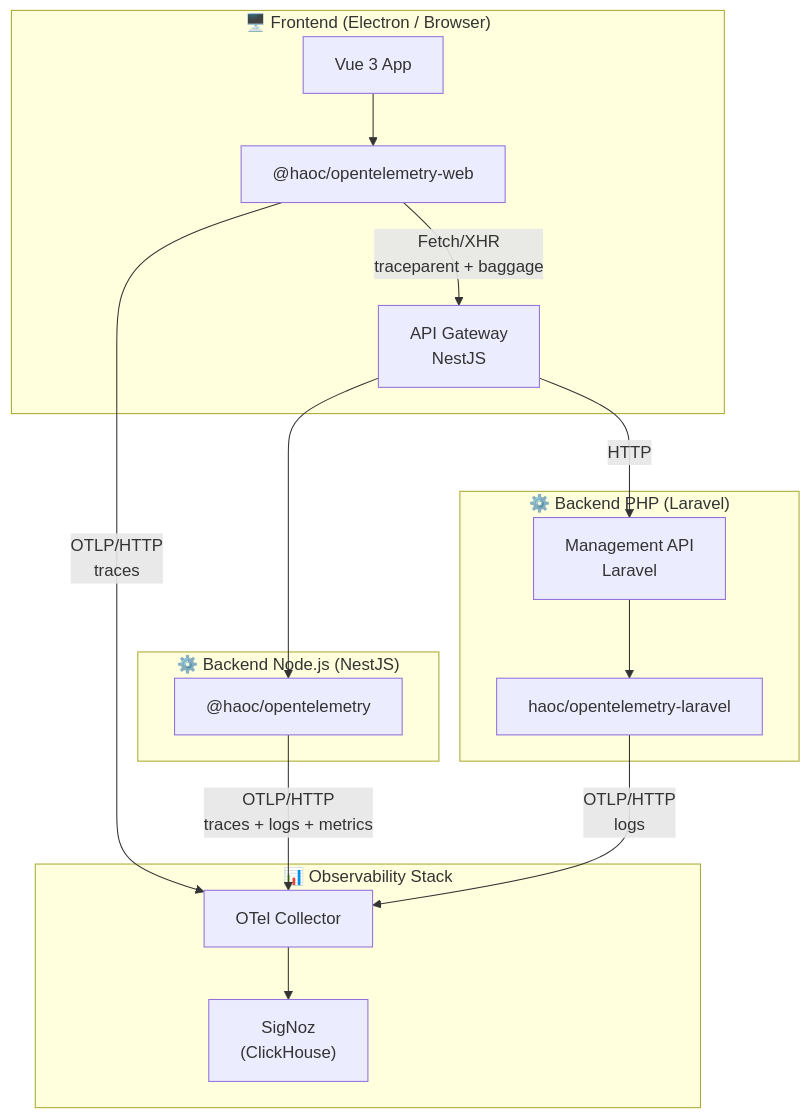
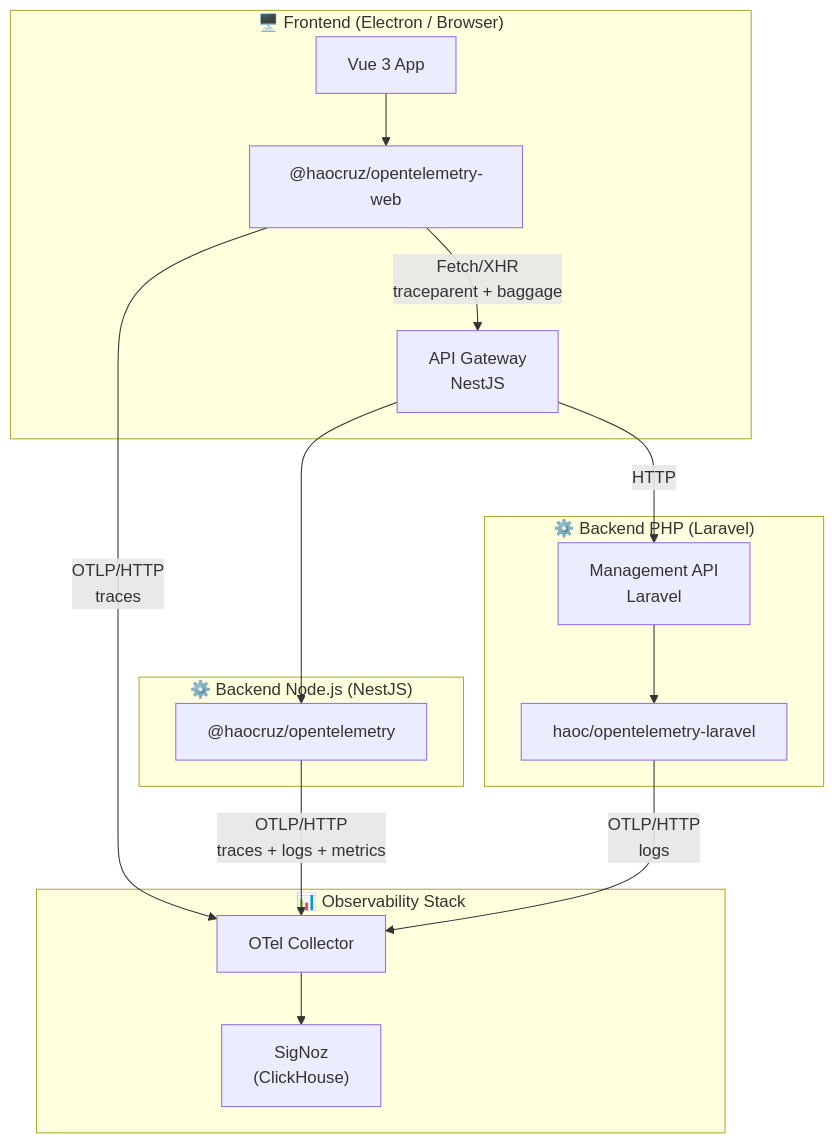
The first of 4 diagrams in ARCHITECTURE.md (japostulo/opentelemetry), drawn with Mermaid before and after one commit. The commit also changed other lines of this file and 12 other files, not shown here.

Commit message:
chore: rename scope @haoc -> @haocruz, update docs and configs

````diff
--- a/ARCHITECTURE.md
+++ b/ARCHITECTURE.md
@@ -17,33 +17,33 @@
 ```mermaid
 graph TB
     subgraph Frontend ["🖥️ Frontend (Electron / Browser)"]
         VUE["Vue 3 App"]
-        WEB_LIB["@haoc/opentelemetry-web"]
+        WEB_LIB["@haocruz/opentelemetry-web"]
         VUE --> WEB_LIB
         WEB_LIB -->|"Fetch/XHR<br/>traceparent + baggage"| API_GW
     end
 
     subgraph Backend_Node ["⚙️ Backend Node.js (NestJS)"]
         API_GW["API Gateway<br/>NestJS"]
-        NODE_LIB["@haoc/opentelemetry"]
+        NODE_LIB["@haocruz/opentelemetry"]
         API_GW --> NODE_LIB
     end
 
     subgraph Backend_PHP ["⚙️ Backend PHP (Laravel)"]
         MGMT["Management API<br/>Laravel"]
         PHP_LIB["haoc/opentelemetry-laravel"]
         MGMT --> PHP_LIB
     end
 
     subgraph Observability ["📊 Observability Stack"]
         COLLECTOR["OTel Collector"]
         SIGNOZ["SigNoz<br/>(ClickHouse)"]
         COLLECTOR --> SIGNOZ
     end
 
     WEB_LIB -->|"OTLP/HTTP<br/>traces"| COLLECTOR
     NODE_LIB -->|"OTLP/HTTP<br/>traces + logs + metrics"| COLLECTOR
     PHP_LIB -->|"OTLP/HTTP<br/>logs"| COLLECTOR
     
     API_GW -->|HTTP| MGMT
 ```
````
